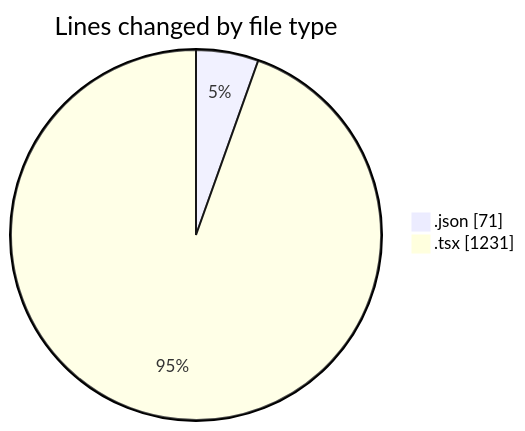
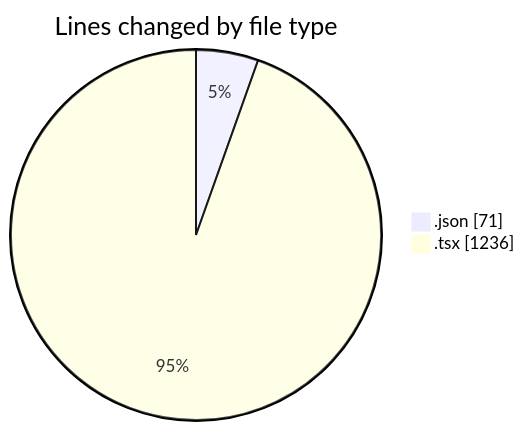
Before and after one commit to momahboobian/code-tracking: the first of 2 diagrams in 2026-01-29/cda/README.md, drawn with Mermaid. The commit also changed other lines of this file and 1 other file, not shown here.

````diff
--- a/2026-01-29/cda/README.md
+++ b/2026-01-29/cda/README.md
@@ -21,6 +21,6 @@
 ```mermaid
 pie showData
 title Lines changed by file type
 ".json" : 71
-".tsx" : 1231
+".tsx" : 1236
 ```
````
